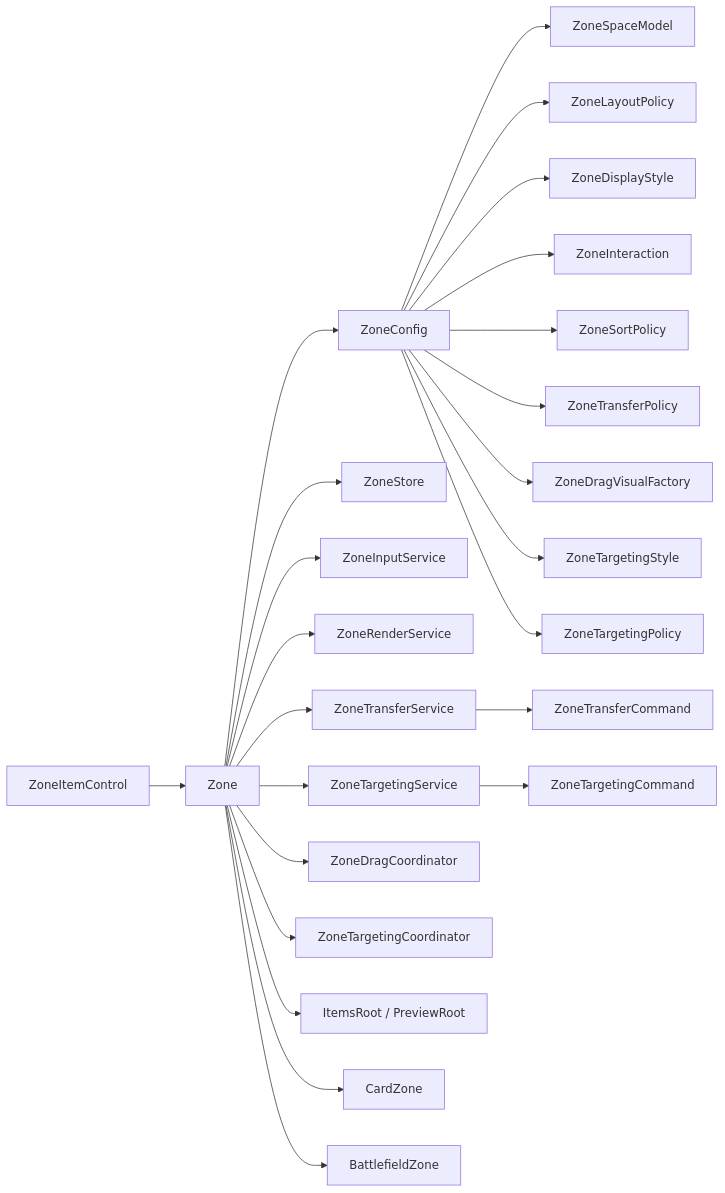
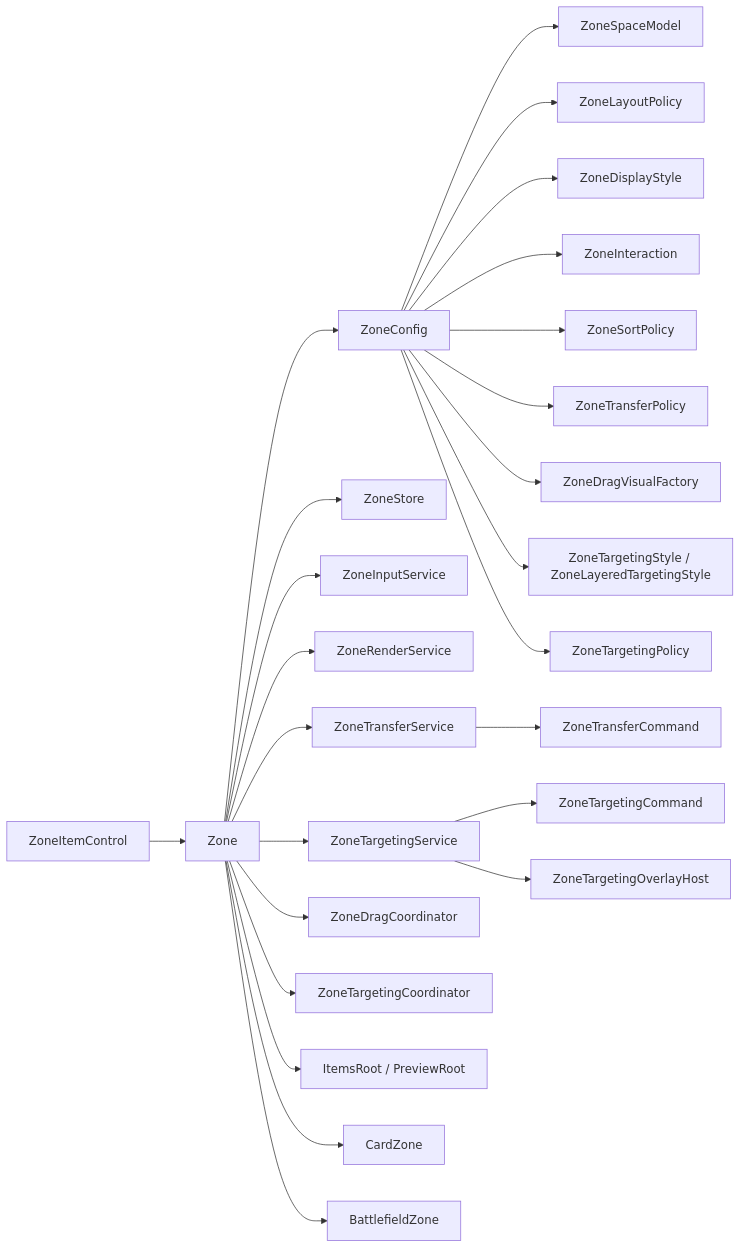
One commit to AmyF/nascent-soul changed the diagram in README.md. Above: the diagram before and after it, drawn with Mermaid. The commit also changed other lines of this file and 46 other files, not shown here.

First line of the commit message:
feat(targeting): Implement zone targeting geometry and overlay host

````diff
--- a/README.md
+++ b/README.md
@@ -15,26 +15,27 @@
 ```mermaid
 flowchart LR
     Zone["Zone"] --> Config["ZoneConfig"]
     Zone --> Store["ZoneStore"]
     Zone --> Input["ZoneInputService"]
     Zone --> Render["ZoneRenderService"]
     Zone --> Transfer["ZoneTransferService"]
     Zone --> Targeting["ZoneTargetingService"]
     Zone --> DragCoord["ZoneDragCoordinator"]
     Zone --> TargetCoord["ZoneTargetingCoordinator"]
     Zone --> Items["ItemsRoot / PreviewRoot"]
     Config --> Space["ZoneSpaceModel"]
     Config --> Layout["ZoneLayoutPolicy"]
     Config --> Display["ZoneDisplayStyle"]
     Config --> Interaction["ZoneInteraction"]
     Config --> Sort["ZoneSortPolicy"]
     Config --> TransferPolicy["ZoneTransferPolicy"]
     Config --> DragVisual["ZoneDragVisualFactory"]
-    Config --> TargetStyle["ZoneTargetingStyle"]
+    Config --> TargetStyle["ZoneTargetingStyle / ZoneLayeredTargetingStyle"]
     Config --> TargetPolicy["ZoneTargetingPolicy"]
     Transfer --> TransferCommand["ZoneTransferCommand"]
     Targeting --> TargetCommand["ZoneTargetingCommand"]
+    Targeting --> TargetHost["ZoneTargetingOverlayHost"]
     Zone --> CardFamily["CardZone"]
     Zone --> BattlefieldFamily["BattlefieldZone"]
     ZoneItem["ZoneItemControl"] --> Zone
 ```
````
